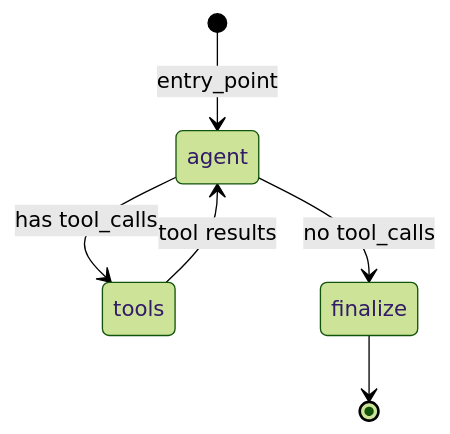
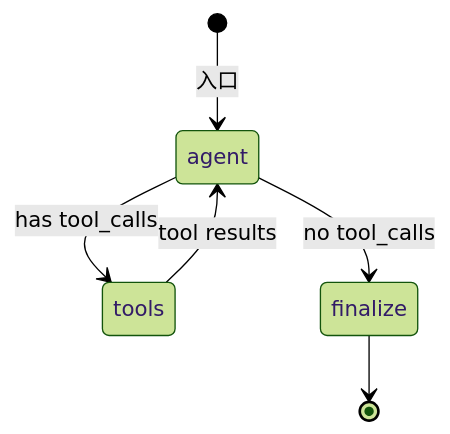
Before and after one commit to T-1009/personal-assistant: the fourth of 5 diagrams in personal-assistant-meta/architecture/overall_architecture.md, drawn with Mermaid (forest theme). The commit also changed other lines of this file and 5 other files, not shown here.

````diff
--- a/personal-assistant-meta/architecture/overall_architecture.md
+++ b/personal-assistant-meta/architecture/overall_architecture.md
@@ -306,8 +318,8 @@
 ```mermaid
 stateDiagram-v2
-    [*] --> agent: entry_point
+    [*] --> agent: 入口
     agent --> tools: has tool_calls
     agent --> finalize: no tool_calls
     tools --> agent: tool results
     finalize --> [*]
 ```
````
